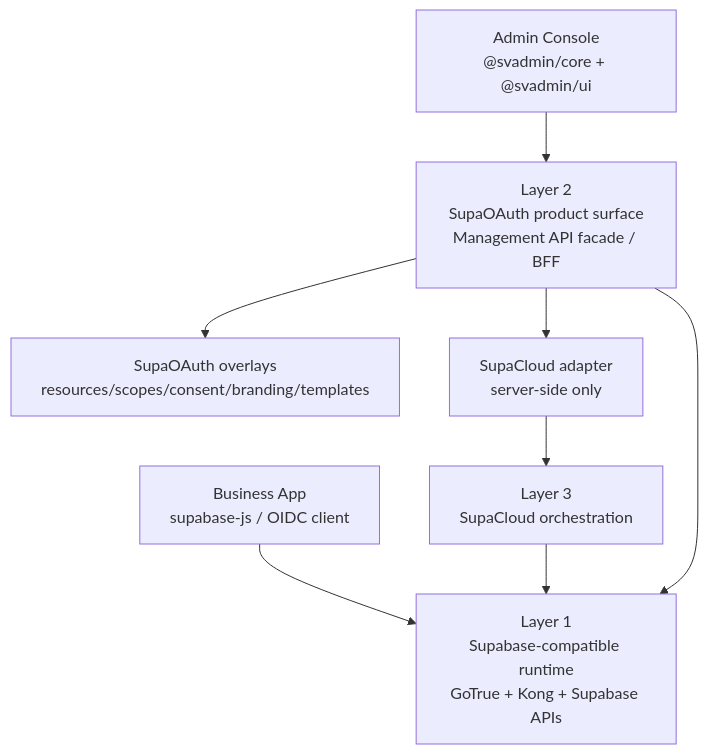
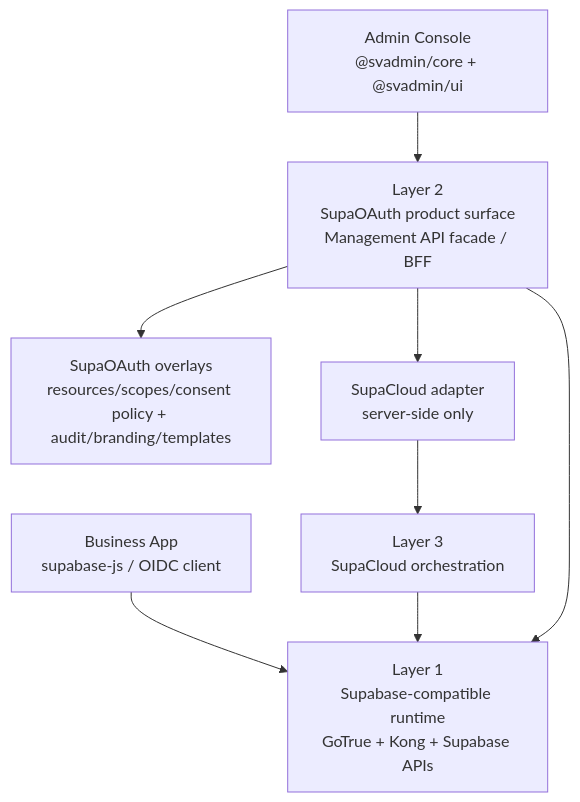
Before and after one commit to vibeunion/supauth: the diagram in docs/architecture.md, drawn with Mermaid. The commit also changed other lines of this file and 276 other files, not shown here.

Commit message:
feat(auth): ship GoTrue-only SupaOAuth 0.3.0

````diff
--- a/docs/architecture.md
+++ b/docs/architecture.md
@@ -144,18 +147,18 @@
 ```mermaid
 flowchart TB
   App["Business App<br/>supabase-js / OIDC client"]
   Runtime["Layer 1<br/>Supabase-compatible runtime<br/>GoTrue + Kong + Supabase APIs"]
   Console["Admin Console<br/>@svadmin/core + @svadmin/ui"]
   Control["Layer 2<br/>SupaOAuth product surface<br/>Management API facade / BFF"]
-  Metadata["SupaOAuth overlays<br/>resources/scopes/consent/branding/templates"]
+  Metadata["SupaOAuth overlays<br/>resources/scopes/consent policy + audit/branding/templates"]
   Adapter["SupaCloud adapter<br/>server-side only"]
   Orchestration["Layer 3<br/>SupaCloud orchestration"]
 
   App --> Runtime
   Console --> Control
   Control --> Metadata
   Control --> Adapter
   Adapter --> Orchestration
   Orchestration --> Runtime
   Control --> Runtime
 ```
````
